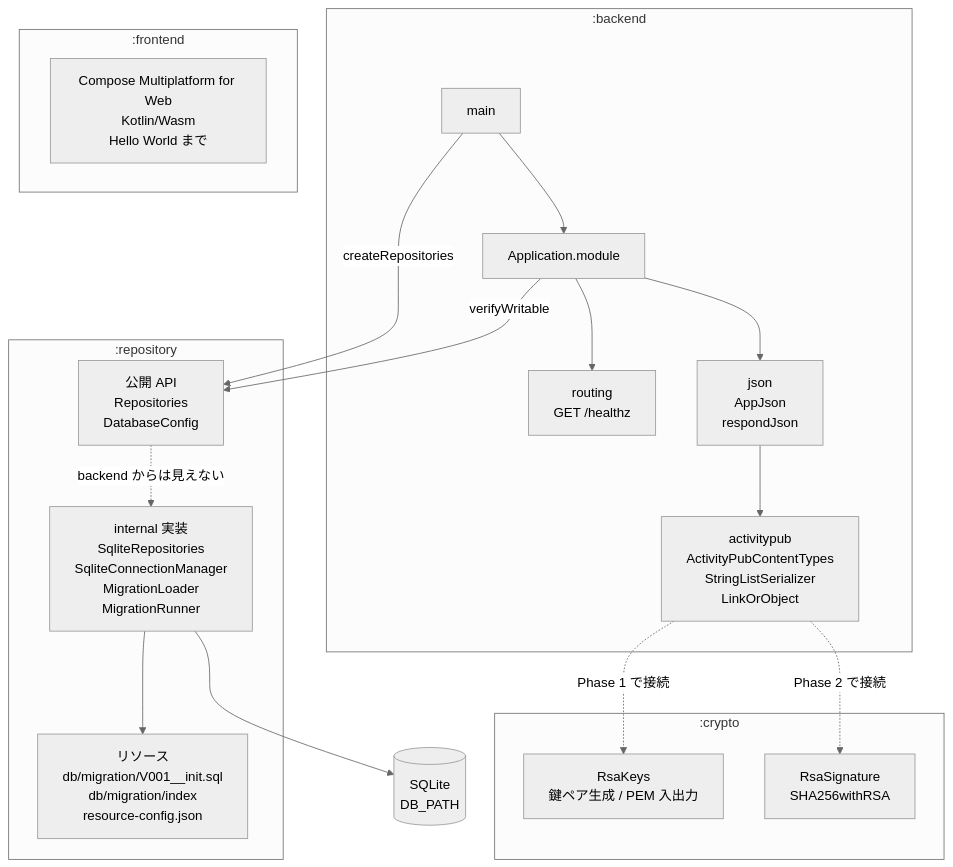
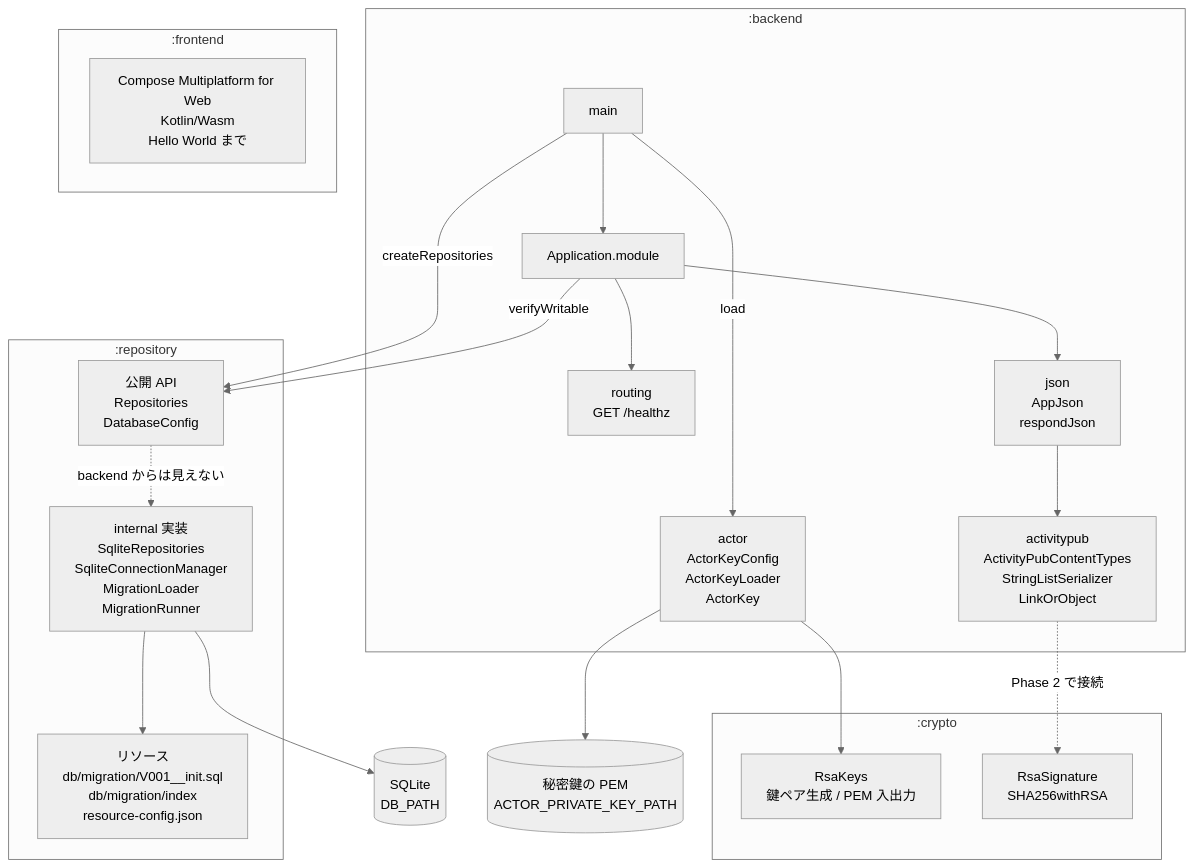
One commit to matsudamper/mastodon-rss changed the first of 2 diagrams in README.md. Above: the diagram before and after it, drawn with Mermaid (neutral theme). The commit also changed other lines of this file and 16 other files, not shown here.

````diff
--- a/README.md
+++ b/README.md
@@ -15,39 +15,43 @@
 ```mermaid
 flowchart TB
     subgraph backend[":backend"]
         main["main"]
         module["Application.module"]
         route["routing<br/>GET /healthz"]
         json["json<br/>AppJson<br/>respondJson"]
         ap["activitypub<br/>ActivityPubContentTypes<br/>StringListSerializer<br/>LinkOrObject"]
+        actor["actor<br/>ActorKeyConfig<br/>ActorKeyLoader<br/>ActorKey"]
     end
 
     subgraph crypto[":crypto"]
         keys["RsaKeys<br/>鍵ペア生成 / PEM 入出力"]
         sign["RsaSignature<br/>SHA256withRSA"]
     end
 
     subgraph repository[":repository"]
         api["公開 API<br/>Repositories<br/>DatabaseConfig"]
         impl["internal 実装<br/>SqliteRepositories<br/>SqliteConnectionManager<br/>MigrationLoader<br/>MigrationRunner"]
         res["リソース<br/>db/migration/V001__init.sql<br/>db/migration/index<br/>resource-config.json"]
     end
 
     subgraph frontend[":frontend"]
         compose["Compose Multiplatform for Web<br/>Kotlin/Wasm<br/>Hello World まで"]
     end
 
     db[("SQLite<br/>DB_PATH")]
 
     main --> module
     module --> json
     module --> route
     json --> ap
     main -->|createRepositories| api
+    main -->|load| actor
     module -->|verifyWritable| api
     api -.->|backend からは見えない| impl
     impl --> res
     impl --> db
-    ap -.->|Phase 1 で接続| keys
+    actor --> keys
     ap -.->|Phase 2 で接続| sign
+    key[("秘密鍵の PEM<br/>ACTOR_PRIVATE_KEY_PATH")]
+    actor --> key
 ```
````
